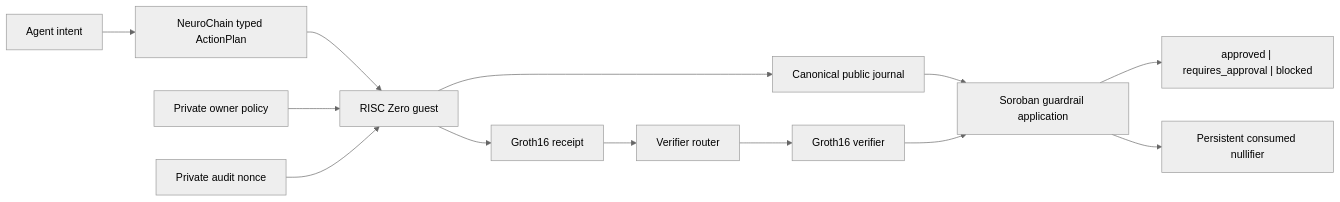
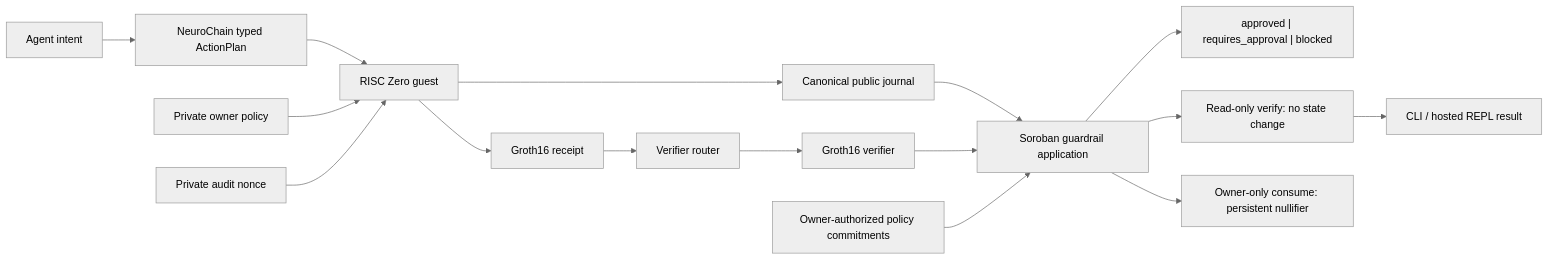
Before and after one commit to stellarzerolab/Neurochain-DSL-Stellar: the first of 2 diagrams in hackathons/stellar-real-world-zk/ARCHITECTURE.md, drawn with Mermaid (neutral theme). The commit also changed other lines of this file and 21 other files, not shown here.

````diff
--- a/hackathons/stellar-real-world-zk/ARCHITECTURE.md
+++ b/hackathons/stellar-real-world-zk/ARCHITECTURE.md
@@ -5,15 +5,18 @@
 ```mermaid
 flowchart LR
     A["Agent intent"] --> B["NeuroChain typed ActionPlan"]
     B --> C["RISC Zero guest"]
     P["Private owner policy"] --> C
     N["Private audit nonce"] --> C
     C --> J["Canonical public journal"]
     C --> R["Groth16 receipt"]
     J --> S["Soroban guardrail application"]
     R --> V["Verifier router"]
     V --> G["Groth16 verifier"]
     G --> S
+    O["Owner-authorized policy commitments"] --> S
     S --> D["approved | requires_approval | blocked"]
-    S --> Q["Persistent consumed nullifier"]
+    S --> E["Read-only verify: no state change"]
+    S --> Q["Owner-only consume: persistent nullifier"]
+    E --> L["CLI / hosted REPL result"]
 ```
````
